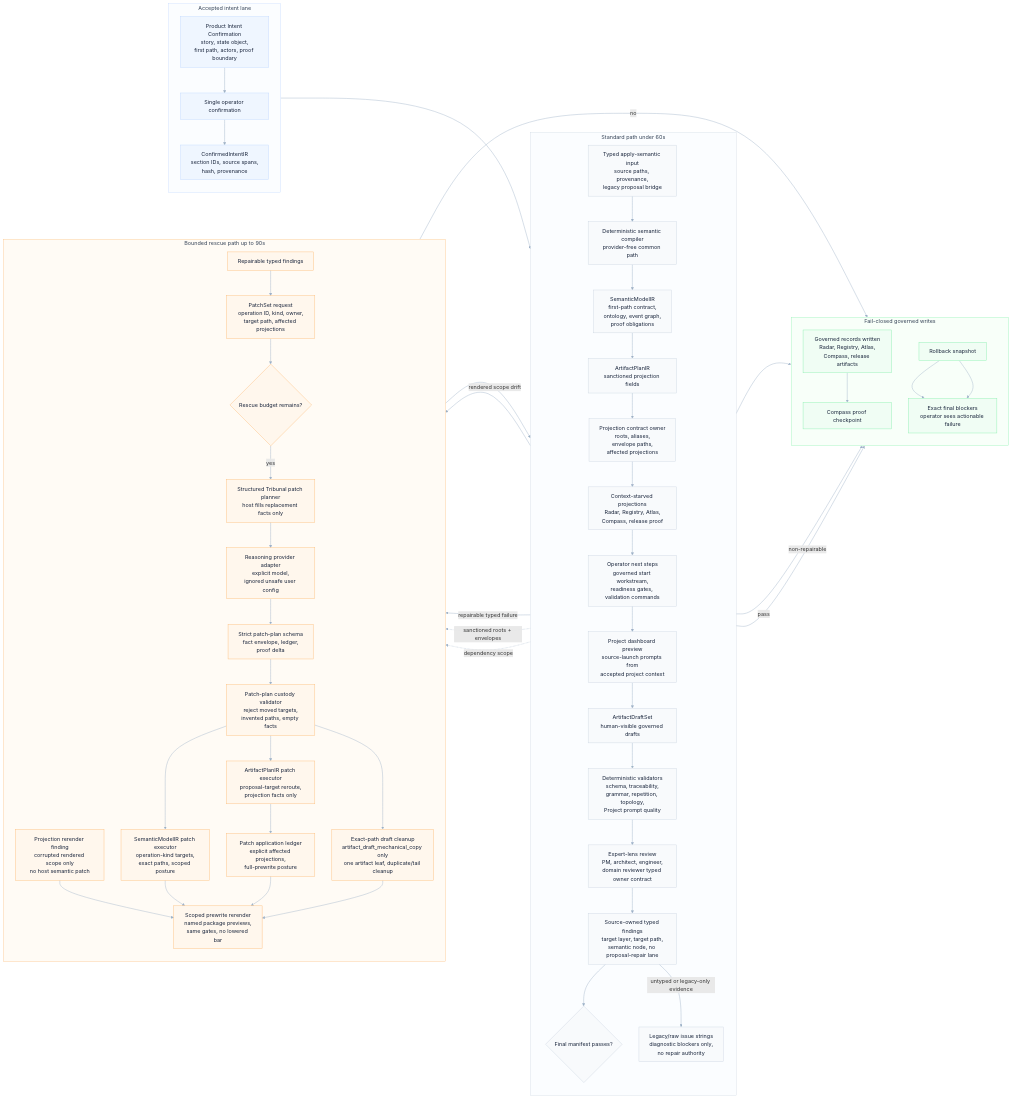
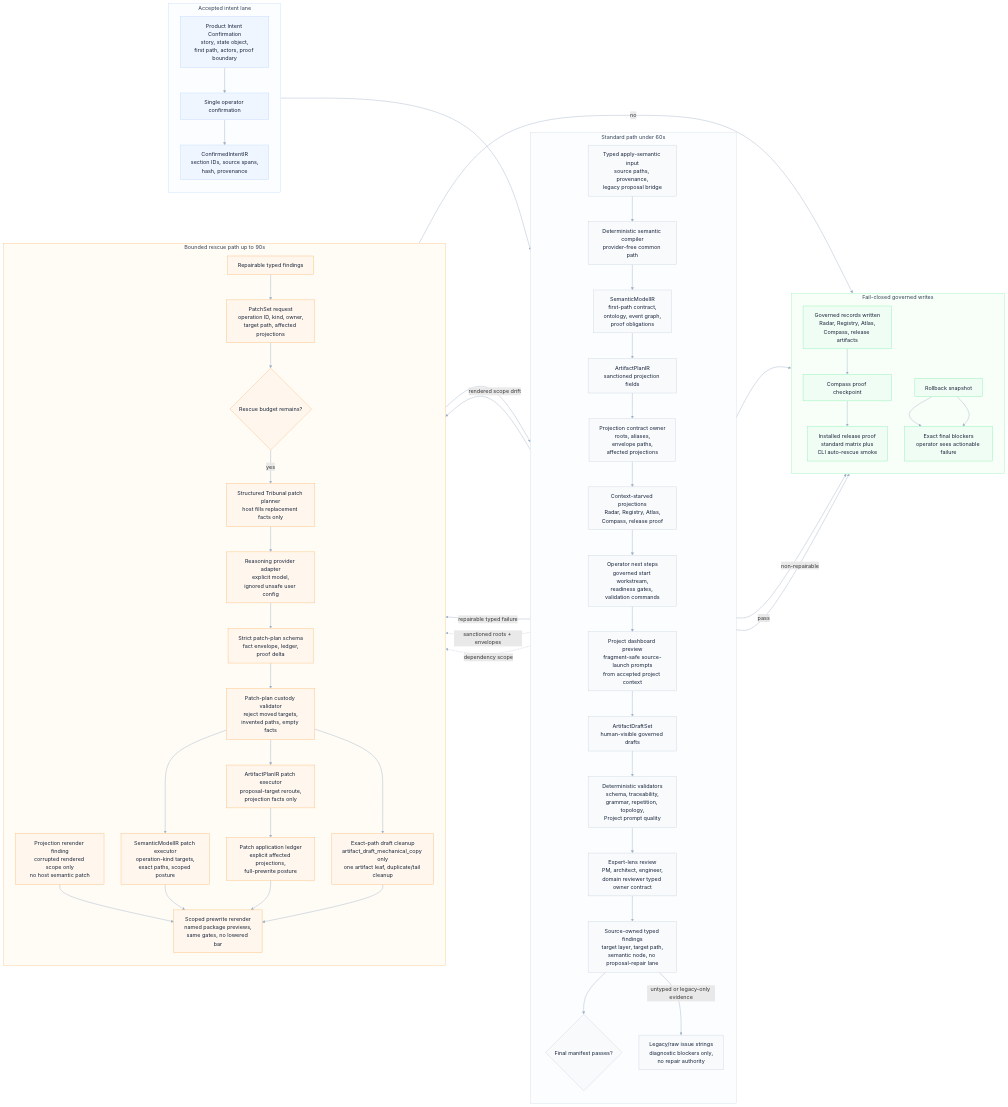
Before and after one commit to odylith/odylith: the diagram in odylith/atlas/source/domain-intelligence-greenfield-governance.mmd, drawn with Mermaid. The commit also changed 69 other files, not shown here.

Commit message:
Harden greenfield prompt custody and rescue proof

```diff
--- a/odylith/atlas/source/domain-intelligence-greenfield-governance.mmd
+++ b/odylith/atlas/source/domain-intelligence-greenfield-governance.mmd
@@ -1,86 +1,87 @@
 flowchart LR
     subgraph accepted_lane["Accepted intent lane"]
       direction TB
       visible_intent["Product Intent Confirmation<br/>story, state object,<br/>first path, actors, proof boundary"]
       confirm["Single operator confirmation"]
       confirmed_ir["ConfirmedIntentIR<br/>section IDs, source spans,<br/>hash, provenance"]
     end
 
     subgraph standard_lane["Standard path under 60s"]
       direction TB
       apply_input["Typed apply-semantic input<br/>source paths, provenance,<br/>legacy proposal bridge"]
       compiler["Deterministic semantic compiler<br/>provider-free common path"]
       semantic_ir["SemanticModelIR<br/>first-path contract,<br/>ontology, event graph,<br/>proof obligations"]
       artifact_plan["ArtifactPlanIR<br/>sanctioned projection fields"]
       projection_contract["Projection contract owner<br/>roots, aliases,<br/>envelope paths,<br/>affected projections"]
       projections["Context-starved projections<br/>Radar, Registry, Atlas,<br/>Compass, release proof"]
       next_steps["Operator next steps<br/>governed start workstream,<br/>readiness gates, validation commands"]
-      project_dashboard["Project dashboard preview<br/>source-launch prompts from<br/>accepted project context"]
+      project_dashboard["Project dashboard preview<br/>fragment-safe source-launch prompts<br/>from accepted project context"]
       draft_set["ArtifactDraftSet<br/>human-visible governed drafts"]
       validators["Deterministic validators<br/>schema, traceability,<br/>grammar, repetition, topology,<br/>Project prompt quality"]
       expert_lenses["Expert-lens review<br/>PM, architect, engineer,<br/>domain reviewer typed owner contract"]
       typed_findings["Source-owned typed findings<br/>target layer, target path,<br/>semantic node, no proposal-repair lane"]
       legacy_blockers["Legacy/raw issue strings<br/>diagnostic blockers only,<br/>no repair authority"]
       final_manifest{"Final manifest passes?"}
     end
 
     subgraph rescue_lane["Bounded rescue path up to 90s"]
       direction TB
       repairable["Repairable typed findings"]
       patchset["PatchSet request<br/>operation ID, kind, owner,<br/>target path, affected projections"]
       rescue_budget{"Rescue budget remains?"}
       tribunal_planner["Structured Tribunal patch planner<br/>host fills replacement facts only"]
       provider_adapter["Reasoning provider adapter<br/>explicit model,<br/>ignored unsafe user config"]
       strict_schema["Strict patch-plan schema<br/>fact envelope, ledger,<br/>proof delta"]
       custody_check["Patch-plan custody validator<br/>reject moved targets,<br/>invented paths, empty facts"]
       semantic_apply["SemanticModelIR patch executor<br/>operation-kind targets,<br/>exact paths, scoped posture"]
       plan_apply["ArtifactPlanIR patch executor<br/>proposal-target reroute,<br/>projection facts only"]
       scope_ledger["Patch application ledger<br/>explicit affected projections,<br/>full-prewrite posture"]
       projection_rerender["Projection rerender finding<br/>corrupted rendered scope only<br/>no host semantic patch"]
       copy_repair["Exact-path draft cleanup<br/>artifact_draft_mechanical_copy only<br/>one artifact leaf, duplicate/tail cleanup"]
       rerender["Scoped prewrite rerender<br/>named package previews,<br/>same gates, no lowered bar"]
     end
 
     subgraph write_lane["Fail-closed governed writes"]
       direction TB
       writes["Governed records written<br/>Radar, Registry, Atlas,<br/>Compass, release artifacts"]
       rollback["Rollback snapshot"]
       blockers["Exact final blockers<br/>operator sees actionable failure"]
       proof_log["Compass proof checkpoint"]
+      release_matrix["Installed release proof<br/>standard matrix plus<br/>CLI auto-rescue smoke"]
     end
 
     visible_intent --> confirm --> confirmed_ir
     confirmed_ir --> apply_input --> compiler --> semantic_ir --> artifact_plan --> projection_contract --> projections --> next_steps --> project_dashboard --> draft_set
     draft_set --> validators --> expert_lenses --> typed_findings --> final_manifest
     typed_findings -- "untyped or legacy-only evidence" --> legacy_blockers --> rollback
-    final_manifest -- "pass" --> writes --> proof_log
+    final_manifest -- "pass" --> writes --> proof_log --> release_matrix
     final_manifest -- "rendered scope drift" --> projection_rerender --> rerender
     final_manifest -- "repairable typed failure" --> repairable --> patchset --> rescue_budget
     rescue_budget -- "yes" --> tribunal_planner --> provider_adapter --> strict_schema --> custody_check
     custody_check --> semantic_apply
     custody_check --> plan_apply
     custody_check --> copy_repair
     projection_contract -. "sanctioned roots + envelopes" .-> plan_apply
     projection_contract -. "dependency scope" .-> scope_ledger
     semantic_apply --> rerender
     plan_apply --> scope_ledger --> rerender
     copy_repair --> rerender
     rerender --> validators
     rescue_budget -- "no" --> rollback --> blockers
     final_manifest -- "non-repairable" --> rollback
     rollback --> blockers
 
     classDef intent fill:#EFF6FF,stroke:#BFD7FE,color:#17233A,stroke-width:1.2px;
     classDef standard fill:#F8FAFC,stroke:#CBD5E1,color:#17233A,stroke-width:1.2px;
     classDef rescue fill:#FFF7ED,stroke:#FDBA74,color:#17233A,stroke-width:1.2px;
     classDef write fill:#F0FDF4,stroke:#86EFAC,color:#17233A,stroke-width:1.2px;
     class visible_intent,confirm,confirmed_ir intent;
     class apply_input,compiler,semantic_ir,artifact_plan,projection_contract,projections,next_steps,project_dashboard,draft_set,validators,expert_lenses,typed_findings,legacy_blockers,final_manifest standard;
     class repairable,patchset,rescue_budget,tribunal_planner,provider_adapter,strict_schema,custody_check,semantic_apply,plan_apply,scope_ledger,projection_rerender,copy_repair,rerender rescue;
-    class writes,rollback,blockers,proof_log write;
+    class writes,rollback,blockers,proof_log,release_matrix write;
 
     style accepted_lane fill:#FBFDFF,stroke:#BFD7FE,stroke-width:1px,color:#334155
     style standard_lane fill:#FBFDFF,stroke:#CBD5E1,stroke-width:1px,color:#334155
     style rescue_lane fill:#FFFBF5,stroke:#FDBA74,stroke-width:1px,color:#334155
     style write_lane fill:#F8FFF9,stroke:#86EFAC,stroke-width:1px,color:#334155
     linkStyle default stroke:#9FB2C8,stroke-width:1.25px
```
